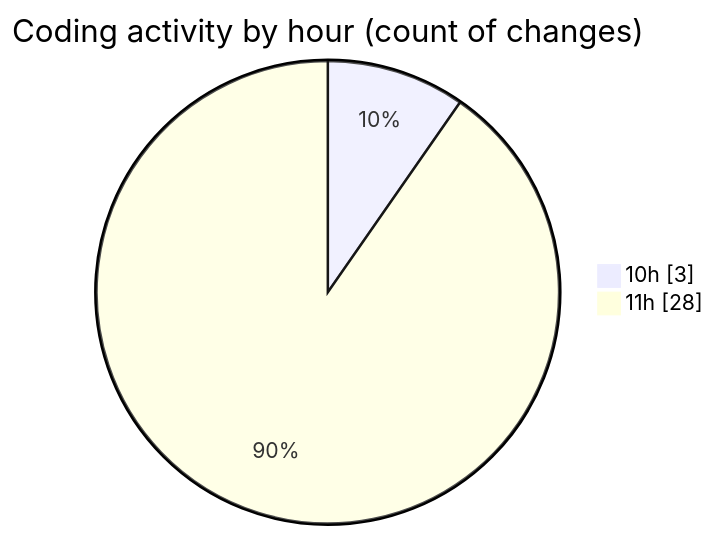
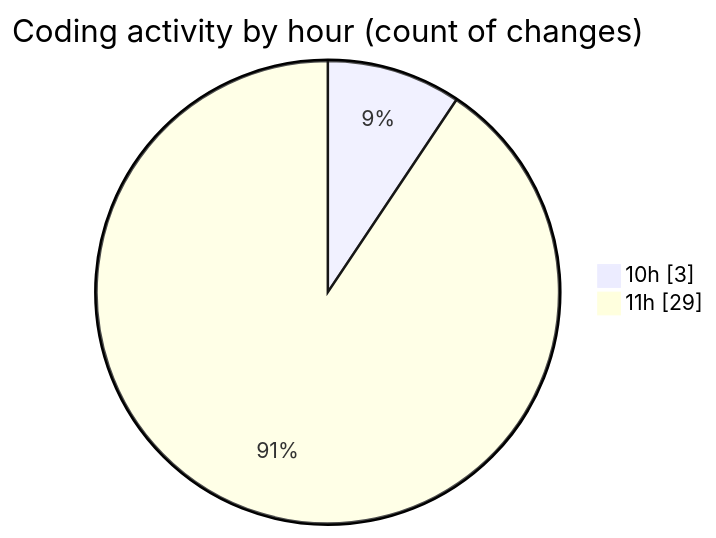
Before and after one commit to EIIisD/code-tracking: the second of 2 diagrams in 2025-08-14/ribbon/README.md, drawn with Mermaid. The commit also changed other lines of this file and 1 other file, not shown here.

````diff
--- a/2025-08-14/ribbon/README.md
+++ b/2025-08-14/ribbon/README.md
@@ -37,6 +37,6 @@
 ```mermaid
 pie showData
 title Coding activity by hour (count of changes)
 "10h" : 3
-"11h" : 28
+"11h" : 29
 ```
````
